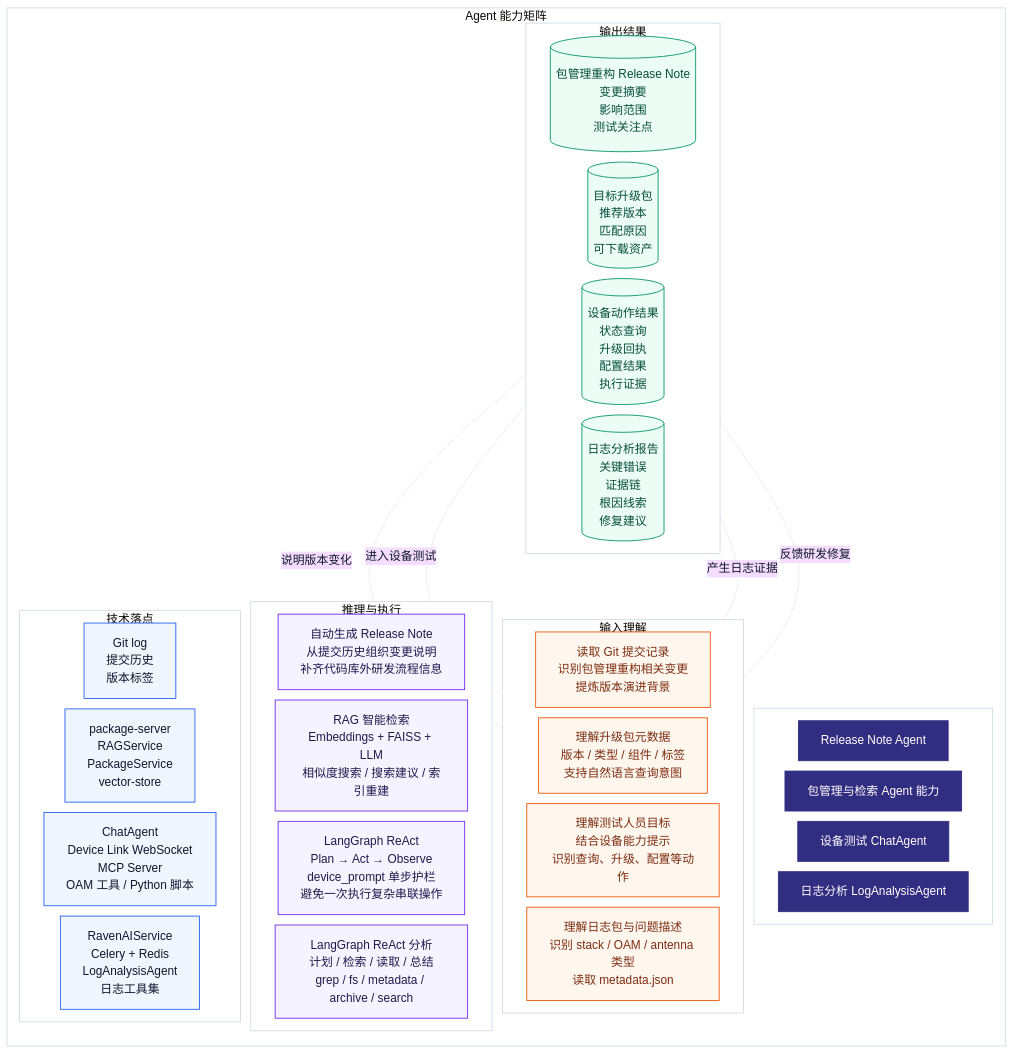
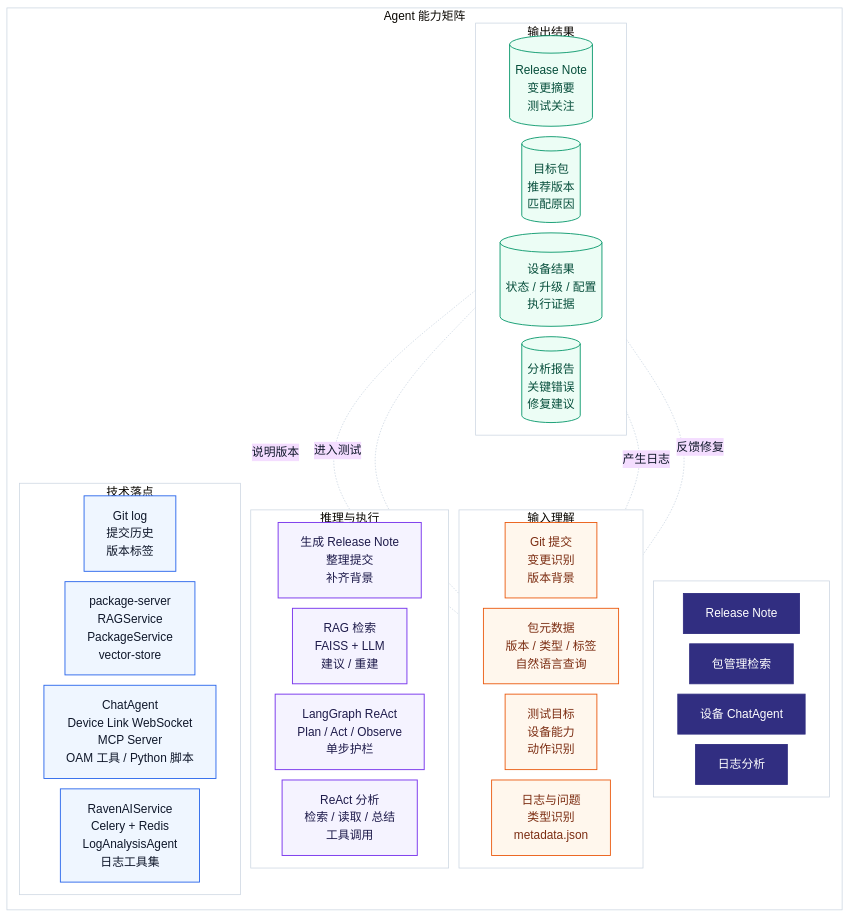
Before and after one commit to visiontrail/RavenAI: the fourth of 4 diagrams in README.zh.md, drawn with Mermaid. The commit also changed other lines of this file and 1 other file, not shown here.

Commit message:
chore: refine flowchart descriptions and terminology in README files

````diff
--- a/README.zh.md
+++ b/README.zh.md
@@ -148,69 +148,69 @@
 ```mermaid
 %% 建议导出画布：1200x900 或 1600x1200，4:3
 %% 主题：RavenAI 的 Agent 能力架构
 %%{init: {"theme": "base", "flowchart": {"htmlLabels": true, "nodeSpacing": 14, "rankSpacing": 16, "curve": "basis"}, "themeVariables": {"fontFamily": "Arial, Microsoft YaHei", "primaryTextColor": "#0F172A", "lineColor": "#CBD5E1", "clusterBkg": "#FFFFFF", "clusterBorder": "#CBD5E1"}}}%%
 
 flowchart TB
 
 subgraph M["Agent 能力矩阵"]
 direction TB
 
   subgraph H[" "]
   direction LR
-    H1["Release Note Agent"]
-    H2["包管理与检索 Agent 能力"]
-    H3["设备测试 ChatAgent"]
-    H4["日志分析 LogAnalysisAgent"]
+    H1["Release Note"]
+    H2["包管理检索"]
+    H3["设备 ChatAgent"]
+    H4["日志分析"]
   end
 
   subgraph R1["输入理解"]
   direction LR
-    A1["读取 Git 提交记录<br/>识别包管理重构相关变更<br/>提炼版本演进背景"]
-    A2["理解升级包元数据<br/>版本 / 类型 / 组件 / 标签<br/>支持自然语言查询意图"]
-    A3["理解测试人员目标<br/>结合设备能力提示<br/>识别查询、升级、配置等动作"]
-    A4["理解日志包与问题描述<br/>识别 stack / OAM / antenna 类型<br/>读取 metadata.json"]
+    A1["Git 提交<br/>变更识别<br/>版本背景"]
+    A2["包元数据<br/>版本 / 类型 / 标签<br/>自然语言查询"]
+    A3["测试目标<br/>设备能力<br/>动作识别"]
+    A4["日志与问题<br/>类型识别<br/>metadata.json"]
   end
 
   subgraph R2["推理与执行"]
   direction LR
-    B1["自动生成 Release Note<br/>从提交历史组织变更说明<br/>补齐代码库外研发流程信息"]
-    B2["RAG 智能检索<br/>Embeddings + FAISS + LLM<br/>相似度搜索 / 搜索建议 / 索引重建"]
-    B3["LangGraph ReAct<br/>Plan → Act → Observe<br/>device_prompt 单步护栏<br/>避免一次执行复杂串联操作"]
-    B4["LangGraph ReAct 分析<br/>计划 / 检索 / 读取 / 总结<br/>grep / fs / metadata / archive / search"]
+    B1["生成 Release Note<br/>整理提交<br/>补齐背景"]
+    B2["RAG 检索<br/>FAISS + LLM<br/>建议 / 重建"]
+    B3["LangGraph ReAct<br/>Plan / Act / Observe<br/>单步护栏"]
+    B4["ReAct 分析<br/>检索 / 读取 / 总结<br/>工具调用"]
   end
 
   subgraph R3["技术落点"]
   direction LR
     C1["Git log<br/>提交历史<br/>版本标签"]
     C2["package-server<br/>RAGService<br/>PackageService<br/>vector-store"]
     C3["ChatAgent<br/>Device Link WebSocket<br/>MCP Server<br/>OAM 工具 / Python 脚本"]
     C4["RavenAIService<br/>Celery + Redis<br/>LogAnalysisAgent<br/>日志工具集"]
   end
 
   subgraph R4["输出结果"]
   direction LR
-    D1[("包管理重构 Release Note<br/>变更摘要<br/>影响范围<br/>测试关注点")]
-    D2[("目标升级包<br/>推荐版本<br/>匹配原因<br/>可下载资产")]
-    D3[("设备动作结果<br/>状态查询<br/>升级回执<br/>配置结果<br/>执行证据")]
-    D4[("日志分析报告<br/>关键错误<br/>证据链<br/>根因线索<br/>修复建议")]
+    D1[("Release Note<br/>变更摘要<br/>测试关注")]
+    D2[("目标包<br/>推荐版本<br/>匹配原因")]
+    D3[("设备结果<br/>状态 / 升级 / 配置<br/>执行证据")]
+    D4[("分析报告<br/>关键错误<br/>修复建议")]
   end
 
 end
 
-D1 -. "说明版本变化" .- A2
-D2 -. "进入设备测试" .- A3
-D3 -. "产生日志证据" .- A4
-D4 -. "反馈研发修复" .- A1
+D1 -. "说明版本" .- A2
+D2 -. "进入测试" .- A3
+D3 -. "产生日志" .- A4
+D4 -. "反馈修复" .- A1
 
 classDef head fill:#312E81,stroke:#312E81,stroke-width:1.2px,color:#FFFFFF;
 classDef input fill:#FFF7ED,stroke:#EA580C,stroke-width:1.2px,color:#7C2D12;
 classDef agent fill:#F5F3FF,stroke:#7C3AED,stroke-width:1.3px,color:#1E1B4B;
 classDef tech fill:#EFF6FF,stroke:#2563EB,stroke-width:1.2px,color:#0F172A;
 classDef output fill:#ECFDF5,stroke:#059669,stroke-width:1.2px,color:#064E3B;
 
 class H1,H2,H3,H4 head;
 class A1,A2,A3,A4 input;
 class B1,B2,B3,B4 agent;
 class C1,C2,C3,C4 tech;
 class D1,D2,D3,D4 output;
 ```
````
